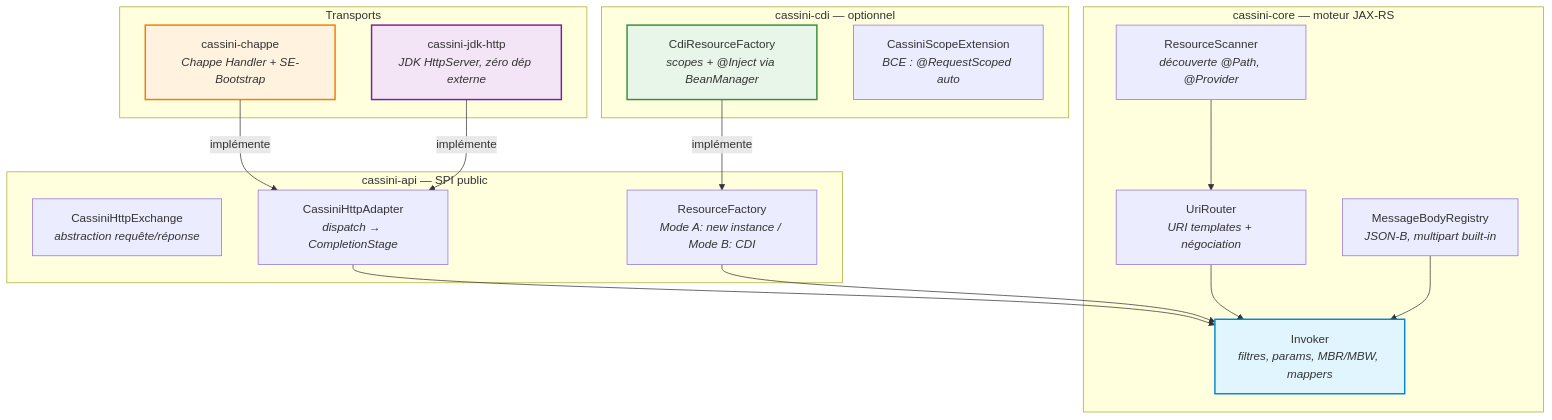
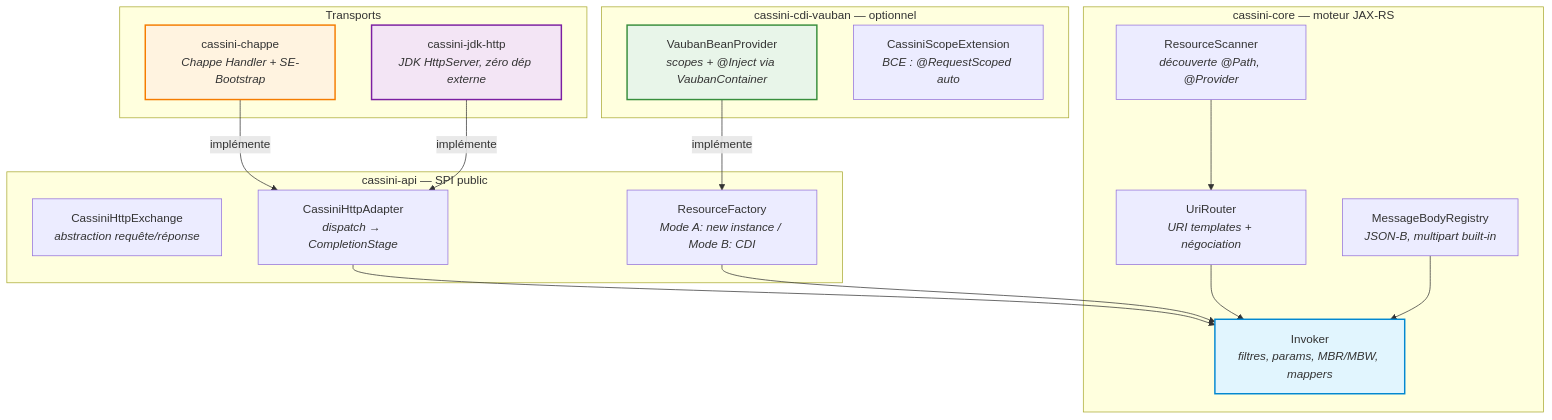
Before and after one commit to vidocq-stack/cassini: the first of 2 diagrams in README.md, drawn with Mermaid. The commit also changed other lines of this file and 22 other files, not shown here.

````diff
--- a/README.md
+++ b/README.md
@@ -40,39 +40,39 @@
 ```mermaid
 graph TB
     subgraph "cassini-api — SPI public"
         EXCHANGE[CassiniHttpExchange<br/><i>abstraction requête/réponse</i>]
         ADAPTER[CassiniHttpAdapter<br/><i>dispatch → CompletionStage</i>]
         FACTORY["ResourceFactory<br/><i>Mode A: new instance / Mode B: CDI</i>"]
     end
 
     subgraph "cassini-core — moteur JAX-RS"
         SCANNER[ResourceScanner<br/><i>découverte @Path, @Provider</i>]
         ROUTER[UriRouter<br/><i>URI templates + négociation</i>]
         INVOKER[Invoker<br/><i>filtres, params, MBR/MBW, mappers</i>]
         BODIES[MessageBodyRegistry<br/><i>JSON-B, multipart built-in</i>]
     end
 
     subgraph "Transports"
         CHAPPE[cassini-chappe<br/><i>Chappe Handler + SE-Bootstrap</i>]
         JDK[cassini-jdk-http<br/><i>JDK HttpServer, zéro dép externe</i>]
     end
 
-    subgraph "cassini-cdi — optionnel"
-        CDI[CdiResourceFactory<br/><i>scopes + @Inject via BeanManager</i>]
+    subgraph "cassini-cdi-vauban — optionnel"
+        CDI[VaubanBeanProvider<br/><i>scopes + @Inject via VaubanContainer</i>]
         BCE[CassiniScopeExtension<br/><i>BCE : @RequestScoped auto</i>]
     end
 
     CHAPPE -->|implémente| ADAPTER
     JDK -->|implémente| ADAPTER
     CDI -->|implémente| FACTORY
     ADAPTER --> INVOKER
     SCANNER --> ROUTER
     ROUTER --> INVOKER
     FACTORY --> INVOKER
     BODIES --> INVOKER
 
     style INVOKER fill:#e1f5fe,stroke:#0288d1,stroke-width:2px
     style CHAPPE fill:#fff3e0,stroke:#f57c00,stroke-width:2px
     style JDK fill:#f3e5f5,stroke:#7b1fa2,stroke-width:2px
     style CDI fill:#e8f5e9,stroke:#388e3c,stroke-width:2px
 ```
````
